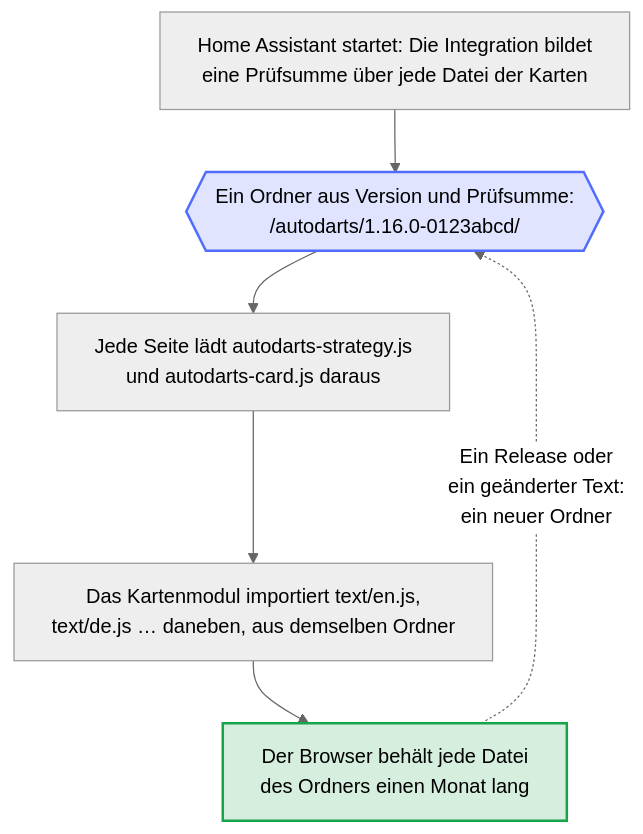
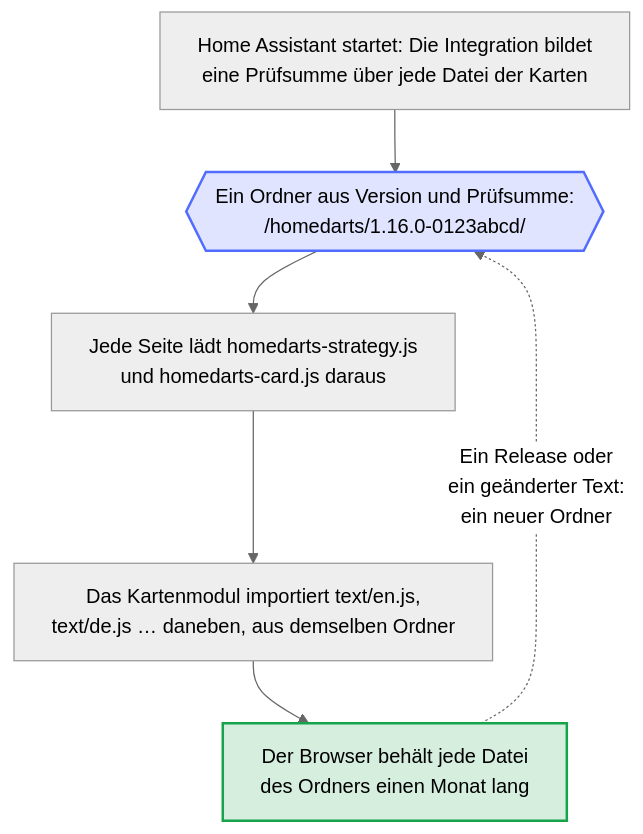
One commit to Dennis-Otto/ha-autodarts changed the diagram in docs/diagrams/card-files.de.mmd. Above: the diagram before and after it, drawn with Mermaid (neutral theme). The commit also changed 506 other files, not shown here.

First line of the commit message:
feat!: HomeDarts for Autodarts, a name of its own (#442)

```diff
--- a/docs/diagrams/card-files.de.mmd
+++ b/docs/diagrams/card-files.de.mmd
@@ -1,19 +1,19 @@
 ---
 config:
   flowchart:
     wrappingWidth: 400
 ---
 flowchart TB
   accTitle: Wie ein Browser die Karten und ihre Texte bekommt
-  accDescr: Bei jedem Start bildet die Integration eine Prüfsumme über jede Datei der Karten, beide Module und die Texte jeder Sprache. Version und Prüfsumme benennen einen Ordner wie /autodarts/1.16.0-0123abcd/, aus dem jede Seite autodarts-strategy.js und autodarts-card.js lädt. Das Kartenmodul importiert text/en.js, text/de.js und die anderen Sprachen daneben, aus demselben Ordner, und der Browser behält jede Datei des Ordners einen Monat lang. Ein Release oder ein geänderter Text einer Sprache ergibt einen neuen Ordner für jede Datei, sodass kein Browser Dateien zweier Versionen mischt.
+  accDescr: Bei jedem Start bildet die Integration eine Prüfsumme über jede Datei der Karten, beide Module und die Texte jeder Sprache. Version und Prüfsumme benennen einen Ordner wie /homedarts/1.16.0-0123abcd/, aus dem jede Seite homedarts-strategy.js und homedarts-card.js lädt. Das Kartenmodul importiert text/en.js, text/de.js und die anderen Sprachen daneben, aus demselben Ordner, und der Browser behält jede Datei des Ordners einen Monat lang. Ein Release oder ein geänderter Text einer Sprache ergibt einen neuen Ordner für jede Datei, sodass kein Browser Dateien zweier Versionen mischt.
 
-  START["Home Assistant startet: Die Integration bildet<br/>eine Prüfsumme über jede Datei der Karten"] --> FOLDER{{"Ein Ordner aus Version und Prüfsumme:<br/>/autodarts/1.16.0-0123abcd/"}}
-  FOLDER --> PAGE["Jede Seite lädt autodarts-strategy.js<br/>und autodarts-card.js daraus"]
+  START["Home Assistant startet: Die Integration bildet<br/>eine Prüfsumme über jede Datei der Karten"] --> FOLDER{{"Ein Ordner aus Version und Prüfsumme:<br/>/homedarts/1.16.0-0123abcd/"}}
+  FOLDER --> PAGE["Jede Seite lädt homedarts-strategy.js<br/>und homedarts-card.js daraus"]
   PAGE --> TEXTS["Das Kartenmodul importiert text/en.js,<br/>text/de.js … daneben, aus demselben Ordner"]
   TEXTS --> KEPT["Der Browser behält jede Datei<br/>des Ordners einen Monat lang"]
   KEPT -.->|"Ein Release oder<br/>ein geänderter Text:<br/>ein neuer Ordner"| FOLDER
 
   classDef bot fill:#526cfe2e,stroke:#526cfe,stroke-width:2px
   classDef done fill:#16a34a2e,stroke:#16a34a,stroke-width:2px
   class FOLDER bot
   class KEPT done
```
